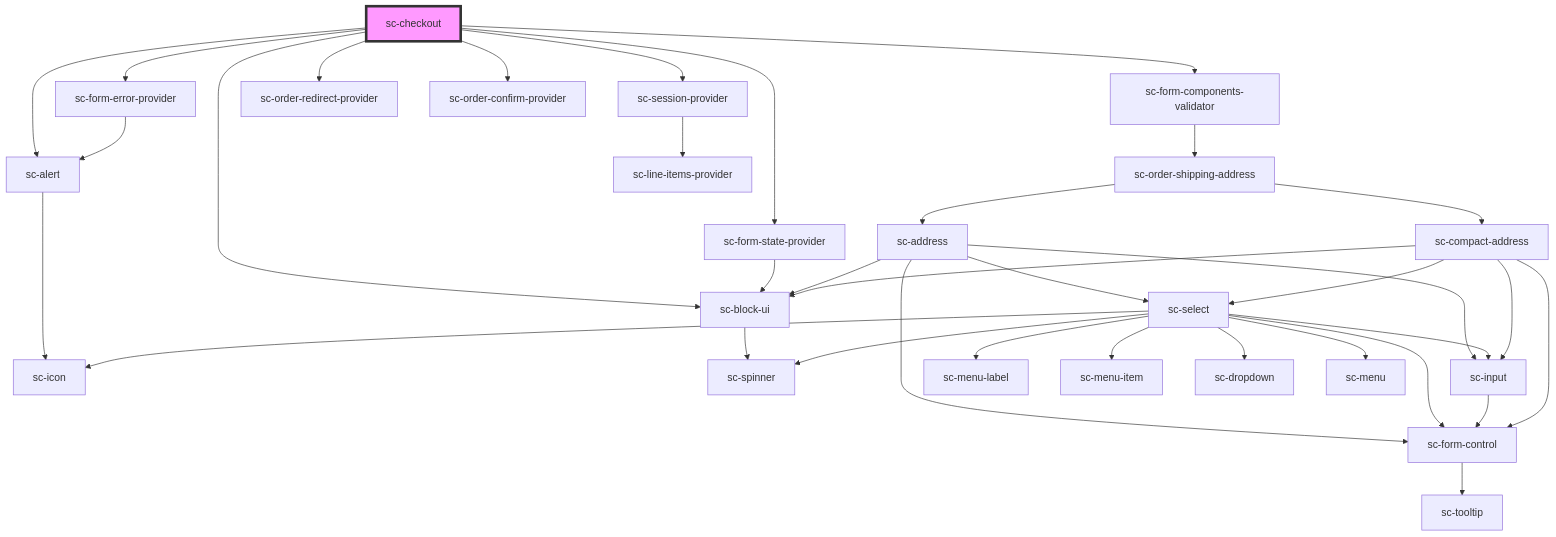
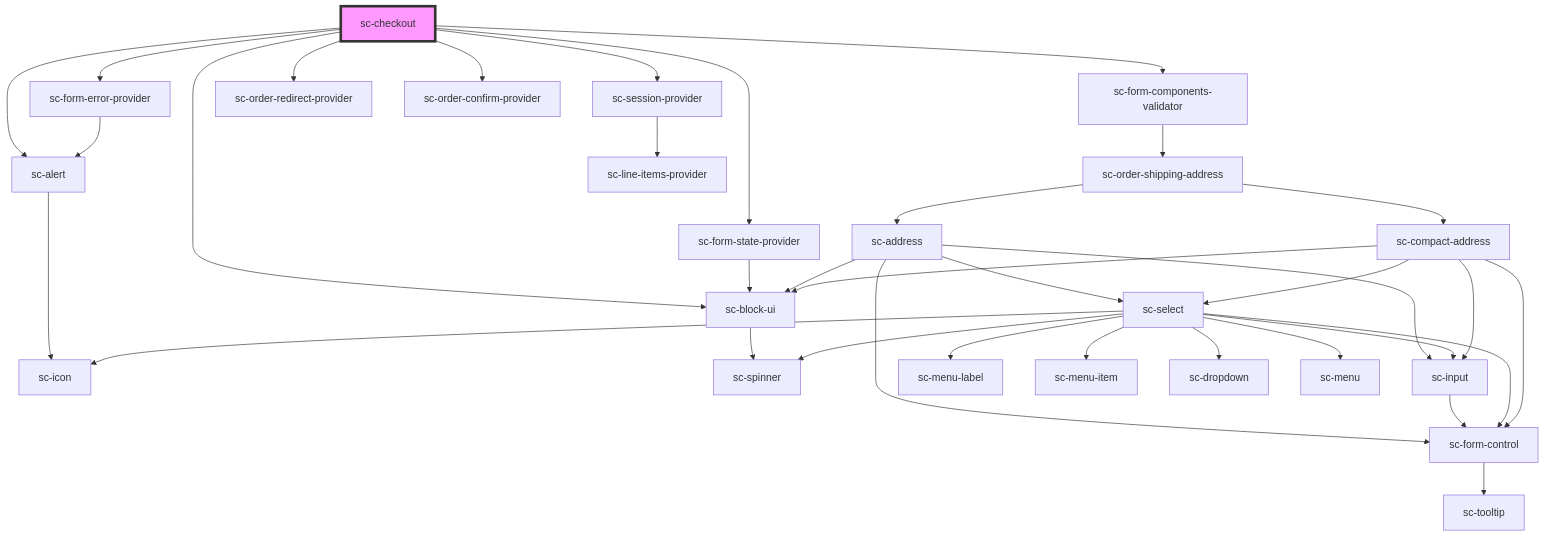
The diagram in packages/components/src/components/controllers/checkout-form/checkout/readme.md (surecart/surecart-wp-plugin), drawn with Mermaid before and after one commit. The commit also changed other lines of this file and 31 other files, not shown here.

````diff
--- a/packages/components/src/components/controllers/checkout-form/checkout/readme.md
+++ b/packages/components/src/components/controllers/checkout-form/checkout/readme.md
@@ -76,38 +76,38 @@
 ```mermaid
 graph TD;
   sc-checkout --> sc-alert
   sc-checkout --> sc-form-state-provider
   sc-checkout --> sc-form-error-provider
   sc-checkout --> sc-form-components-validator
   sc-checkout --> sc-session-provider
   sc-checkout --> sc-order-redirect-provider
   sc-checkout --> sc-order-confirm-provider
   sc-checkout --> sc-block-ui
   sc-alert --> sc-icon
   sc-form-state-provider --> sc-block-ui
   sc-block-ui --> sc-spinner
   sc-form-error-provider --> sc-alert
   sc-form-components-validator --> sc-order-shipping-address
   sc-order-shipping-address --> sc-address
   sc-order-shipping-address --> sc-compact-address
   sc-address --> sc-form-control
+  sc-address --> sc-input
   sc-address --> sc-select
-  sc-address --> sc-input
   sc-address --> sc-block-ui
   sc-form-control --> sc-tooltip
+  sc-input --> sc-form-control
   sc-select --> sc-icon
   sc-select --> sc-menu-label
   sc-select --> sc-menu-item
   sc-select --> sc-form-control
   sc-select --> sc-dropdown
   sc-select --> sc-input
   sc-select --> sc-spinner
   sc-select --> sc-menu
-  sc-input --> sc-form-control
   sc-compact-address --> sc-form-control
   sc-compact-address --> sc-select
   sc-compact-address --> sc-input
   sc-compact-address --> sc-block-ui
   sc-session-provider --> sc-line-items-provider
   style sc-checkout fill:#f9f,stroke:#333,stroke-width:4px
 ```
````
